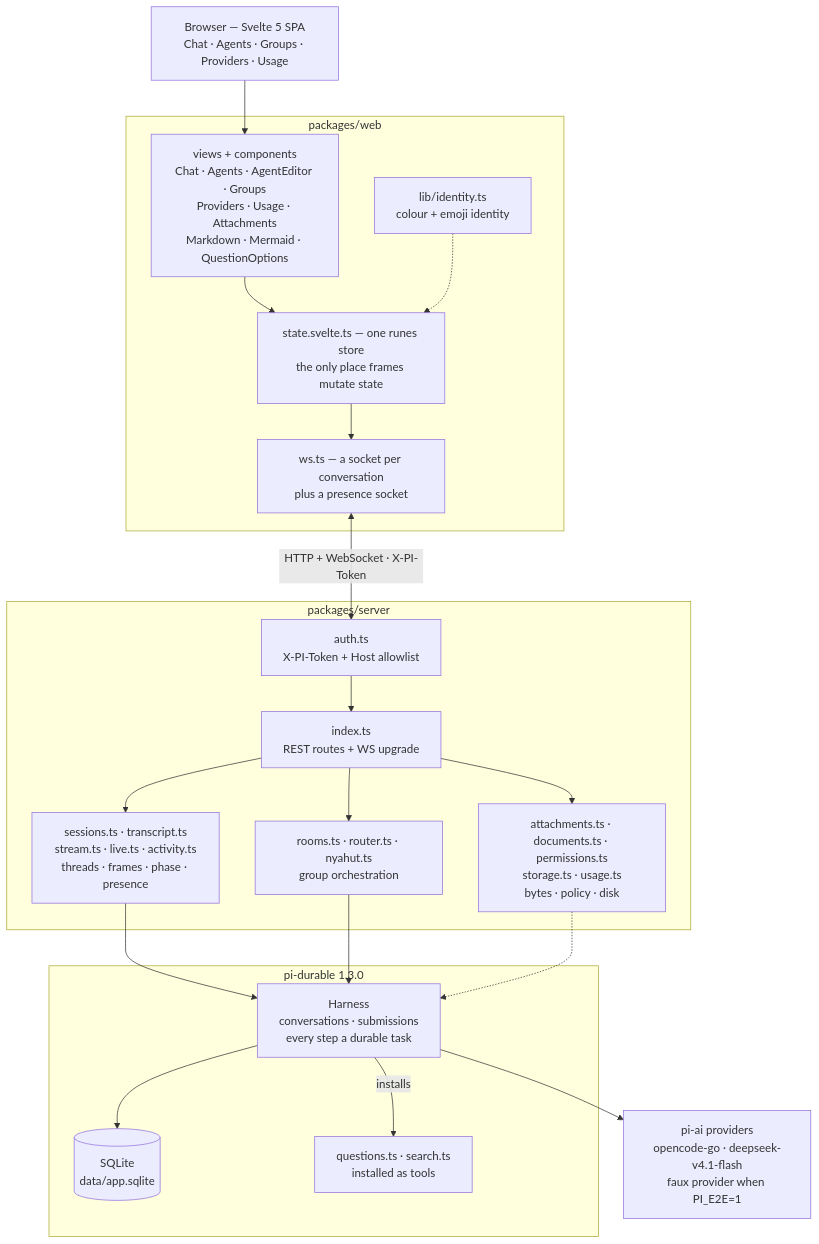
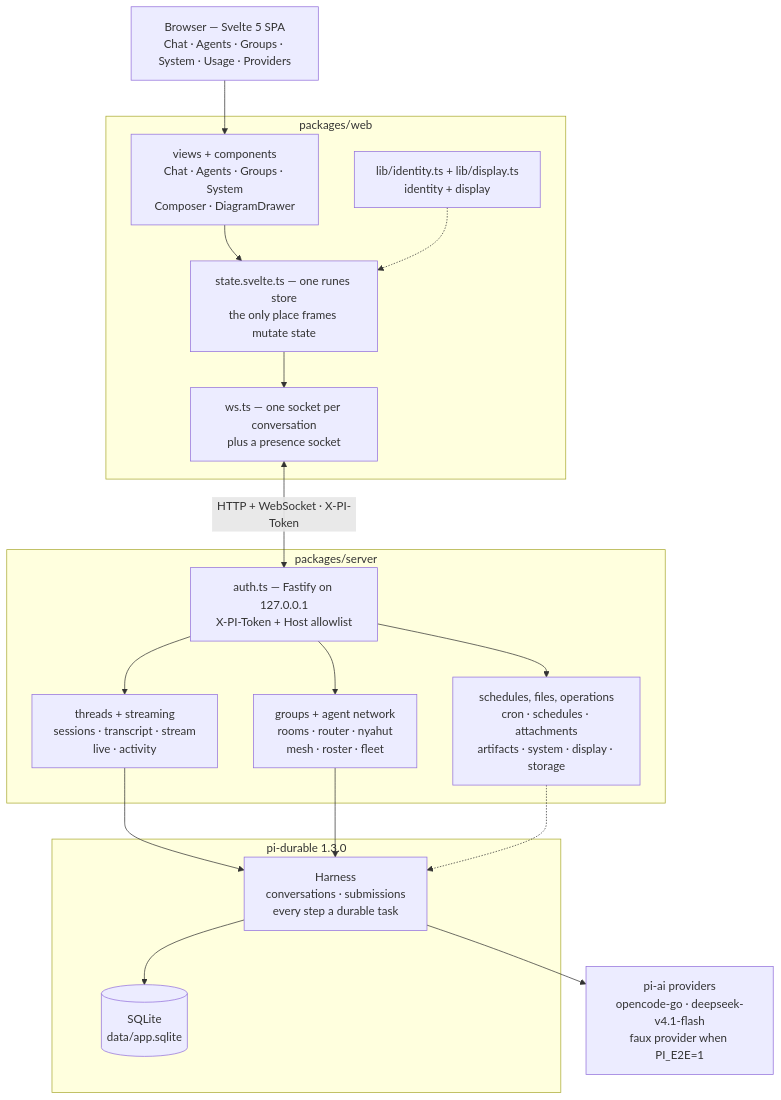
One commit to mariobgsp/articles changed the diagram in diagrams/durable-agents.mmd. Above: the diagram before and after it, drawn with Mermaid. The commit also changed 11 other files, not shown here.

```diff
--- a/diagrams/durable-agents.mmd
+++ b/diagrams/durable-agents.mmd
@@ -1,41 +1,37 @@
 flowchart TD
-  U["Browser — Svelte 5 SPA<br/>Chat · Agents · Groups · Providers · Usage"]
+  U["Browser — Svelte 5 SPA<br/>Chat · Agents · Groups · System · Usage · Providers"]
 
   subgraph WEB["packages/web"]
-    VIEWS["views + components<br/>Chat · Agents · AgentEditor · Groups<br/>Providers · Usage · Attachments<br/>Markdown · Mermaid · QuestionOptions"]
+    VIEWS["views + components<br/>Chat · Agents · Groups · System<br/>Composer · DiagramDrawer"]
     ST["state.svelte.ts — one runes store<br/>the only place frames mutate state"]
-    WS["ws.ts — a socket per conversation<br/>plus a presence socket"]
-    ID["lib/identity.ts<br/>colour + emoji identity"]
+    WS["ws.ts — one socket per conversation<br/>plus a presence socket"]
+    ID["lib/identity.ts + lib/display.ts<br/>identity + display"]
   end
 
   subgraph SRV["packages/server"]
-    AUTH["auth.ts<br/>X-PI-Token + Host allowlist"]
-    ROUTES["index.ts<br/>REST routes + WS upgrade"]
-    CORE["sessions.ts · transcript.ts<br/>stream.ts · live.ts · activity.ts<br/>threads · frames · phase · presence"]
-    GROUPS["rooms.ts · router.ts · nyahut.ts<br/>group orchestration"]
-    DATA["attachments.ts · documents.ts · permissions.ts<br/>storage.ts · usage.ts<br/>bytes · policy · disk"]
+    AUTH["auth.ts — Fastify on 127.0.0.1<br/>X-PI-Token + Host allowlist"]
+    CORE["threads + streaming<br/>sessions · transcript · stream<br/>live · activity"]
+    ORCH["groups + agent network<br/>rooms · router · nyahut<br/>mesh · roster · fleet"]
+    OPS["schedules, files, operations<br/>cron · schedules · attachments<br/>artifacts · system · display · storage"]
   end
 
   subgraph DUR["pi-durable 1.3.0"]
     H["Harness<br/>conversations · submissions<br/>every step a durable task"]
     DB[("SQLite<br/>data/app.sqlite")]
-    TOOLS["questions.ts · search.ts<br/>installed as tools"]
     H --> DB
-    H -->|installs| TOOLS
   end
 
   LLM["pi-ai providers<br/>opencode-go · deepseek-v4.1-flash<br/>faux provider when PI_E2E=1"]
 
   U --> VIEWS
   VIEWS --> ST
   ST --> WS
   ID -.-> ST
   WS <-->|"HTTP + WebSocket · X-PI-Token"| AUTH
-  AUTH --> ROUTES
-  ROUTES --> CORE
-  ROUTES --> GROUPS
-  ROUTES --> DATA
+  AUTH --> CORE
+  AUTH --> ORCH
+  AUTH --> OPS
   CORE --> H
-  GROUPS --> H
-  DATA -.-> H
+  ORCH --> H
+  OPS -.-> H
   H --> LLM
```
